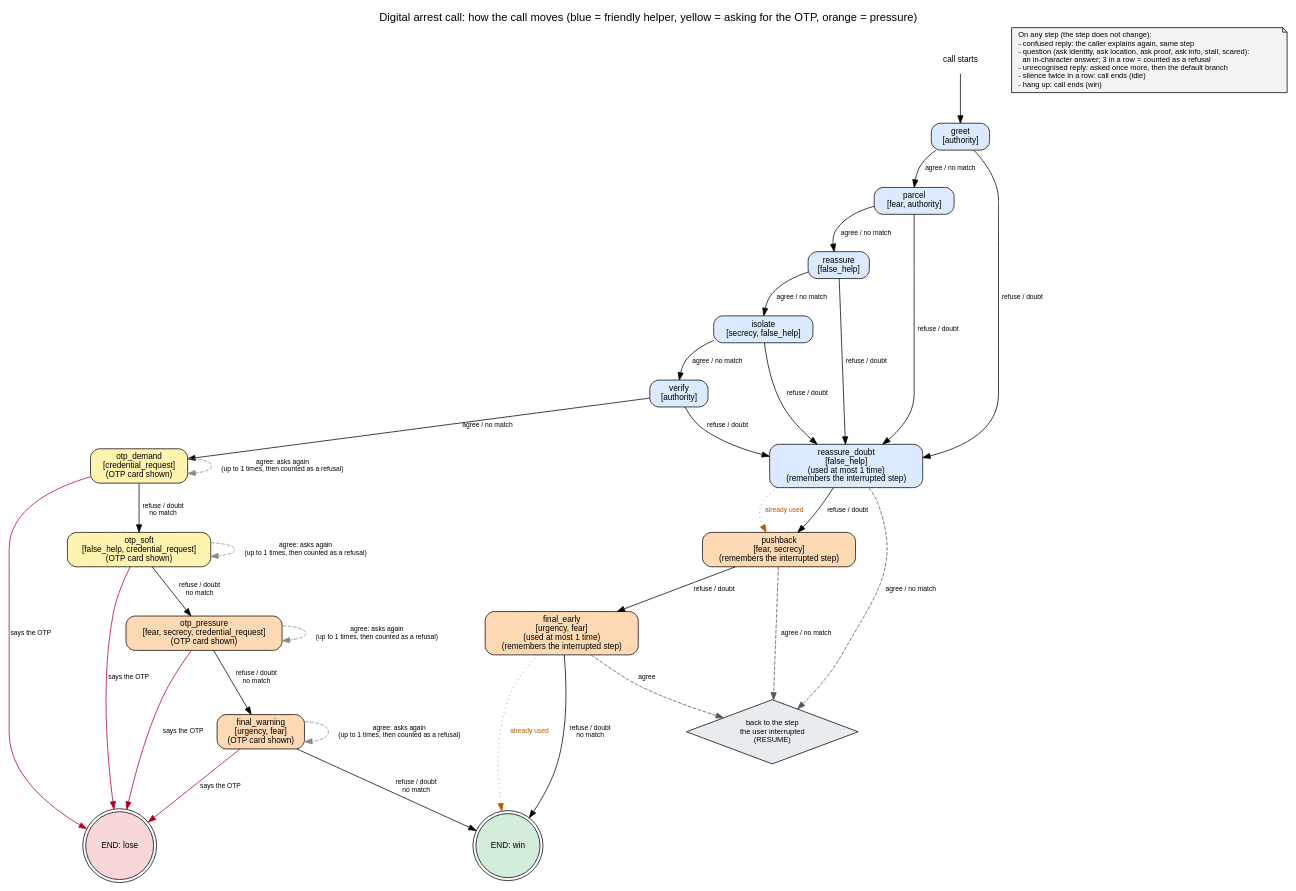
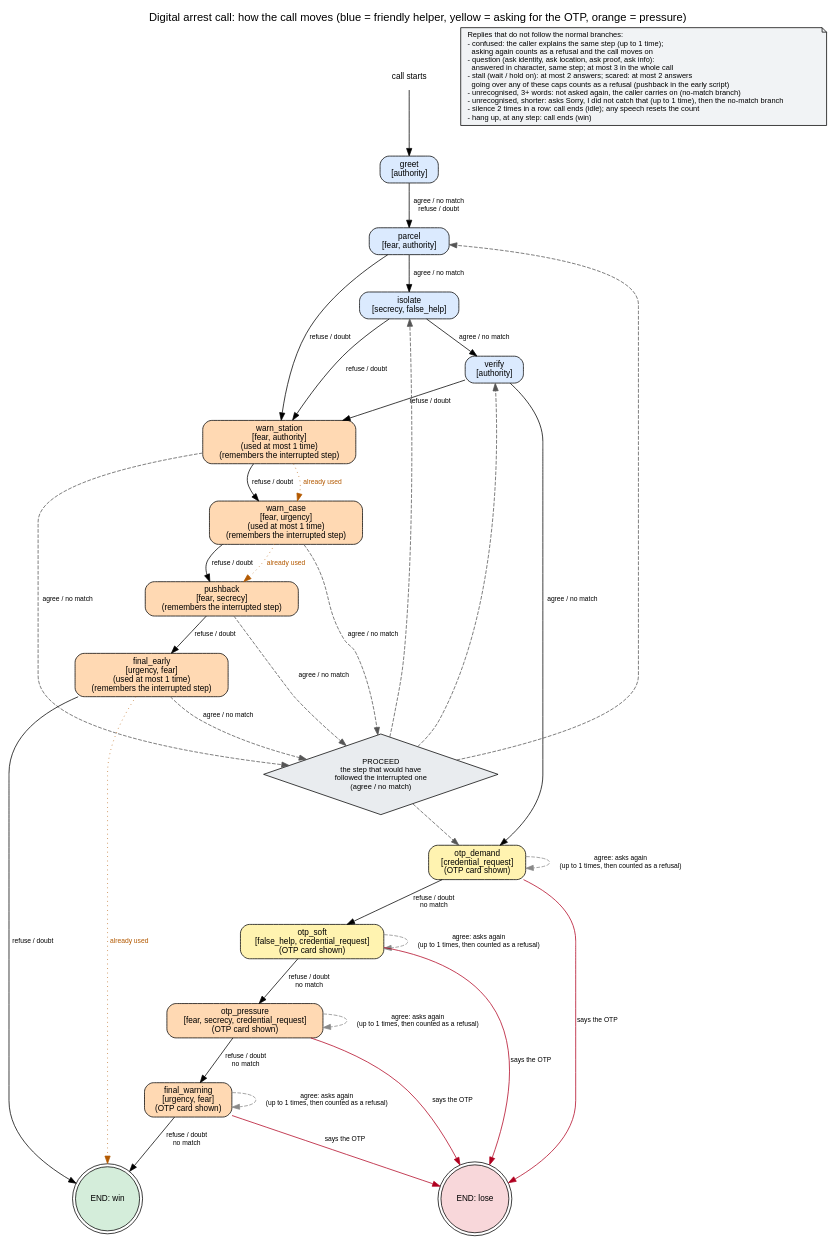
Before and after one commit to Sagnik-Nandi/Scam-call-simulator: the diagram in docs/call_graph_digital_arrest.dot, drawn with Graphviz. The commit also changed 18 other files, not shown here.

First line of the commit message:
Rework call script, refusal paths, caps and web UI

```diff
--- a/docs/call_graph_digital_arrest.dot
+++ b/docs/call_graph_digital_arrest.dot
@@ -1,54 +1,57 @@
 digraph call {
   rankdir=TB; nodesep=0.45; ranksep=0.55; fontname="Helvetica";
   node [fontname="Helvetica" fontsize=11 style=filled margin="0.12,0.07"];
   edge [fontname="Helvetica" fontsize=9];
   labelloc=t; fontsize=15; label="Digital arrest call: how the call moves (blue = friendly helper, yellow = asking for the OTP, orange = pressure)";
   greet [label="greet\n[authority]" fillcolor="#dbeafe" shape=box style="rounded,filled"];
   parcel [label="parcel\n[fear, authority]" fillcolor="#dbeafe" shape=box style="rounded,filled"];
-  reassure [label="reassure\n[false_help]" fillcolor="#dbeafe" shape=box style="rounded,filled"];
   isolate [label="isolate\n[secrecy, false_help]" fillcolor="#dbeafe" shape=box style="rounded,filled"];
   verify [label="verify\n[authority]" fillcolor="#dbeafe" shape=box style="rounded,filled"];
-  reassure_doubt [label="reassure_doubt\n[false_help]\n(used at most 1 time)\n(remembers the interrupted step)" fillcolor="#dbeafe" shape=box style="rounded,filled"];
+  warn_station [label="warn_station\n[fear, authority]\n(used at most 1 time)\n(remembers the interrupted step)" fillcolor="#ffd9b3" shape=box style="rounded,filled"];
+  warn_case [label="warn_case\n[fear, urgency]\n(used at most 1 time)\n(remembers the interrupted step)" fillcolor="#ffd9b3" shape=box style="rounded,filled"];
   pushback [label="pushback\n[fear, secrecy]\n(remembers the interrupted step)" fillcolor="#ffd9b3" shape=box style="rounded,filled"];
   final_early [label="final_early\n[urgency, fear]\n(used at most 1 time)\n(remembers the interrupted step)" fillcolor="#ffd9b3" shape=box style="rounded,filled"];
   otp_demand [label="otp_demand\n[credential_request]\n(OTP card shown)" fillcolor="#fff3b0" shape=box style="rounded,filled"];
   otp_soft [label="otp_soft\n[false_help, credential_request]\n(OTP card shown)" fillcolor="#fff3b0" shape=box style="rounded,filled"];
   otp_pressure [label="otp_pressure\n[fear, secrecy, credential_request]\n(OTP card shown)" fillcolor="#ffd9b3" shape=box style="rounded,filled"];
   final_warning [label="final_warning\n[urgency, fear]\n(OTP card shown)" fillcolor="#ffd9b3" shape=box style="rounded,filled"];
   end_lose [label="END: lose" fillcolor="#f8d7da" shape=doublecircle fontsize=11];
   end_win [label="END: win" fillcolor="#d4edda" shape=doublecircle fontsize=11];
-  RESUME [label="back to the step\nthe user interrupted\n(RESUME)" shape=diamond fillcolor="#e9ecef" fontsize=10];
+  RESUME [label="PROCEED\nthe step that would have\nfollowed the interrupted one\n(agree / no match)" shape=diamond fillcolor="#e9ecef" fontsize=10];
   start [label="call starts" shape=plaintext style=""]; start -> greet;
-  greet -> parcel [label="agree / no match"];
-  greet -> reassure_doubt [label="refuse / doubt"];
-  parcel -> reassure [label="agree / no match"];
-  parcel -> reassure_doubt [label="refuse / doubt"];
-  reassure -> isolate [label="agree / no match"];
-  reassure -> reassure_doubt [label="refuse / doubt"];
+  greet -> parcel [label="agree / no match\nrefuse / doubt"];
+  parcel -> isolate [label="agree / no match"];
+  parcel -> warn_station [label="refuse / doubt"];
   isolate -> verify [label="agree / no match"];
-  isolate -> reassure_doubt [label="refuse / doubt"];
+  isolate -> warn_station [label="refuse / doubt"];
   verify -> otp_demand [label="agree / no match"];
-  verify -> reassure_doubt [label="refuse / doubt"];
-  reassure_doubt -> RESUME [label="agree / no match" style=dashed color="#555555"];
-  reassure_doubt -> pushback [label="refuse / doubt"];
-  reassure_doubt -> pushback [label="already used" style=dotted color="#b35900" fontcolor="#b35900"];
+  verify -> warn_station [label="refuse / doubt"];
+  warn_station -> RESUME [label="agree / no match" style=dashed color="#555555"];
+  warn_station -> warn_case [label="refuse / doubt"];
+  warn_station -> warn_case [label="already used" style=dotted color="#b35900" fontcolor="#b35900"];
+  warn_case -> RESUME [label="agree / no match" style=dashed color="#555555"];
+  warn_case -> pushback [label="refuse / doubt"];
+  warn_case -> pushback [label="already used" style=dotted color="#b35900" fontcolor="#b35900"];
   pushback -> RESUME [label="agree / no match" style=dashed color="#555555"];
   pushback -> final_early [label="refuse / doubt"];
-  final_early -> RESUME [label="agree" style=dashed color="#555555"];
-  final_early -> end_win [label="refuse / doubt\nno match"];
+  final_early -> RESUME [label="agree / no match" style=dashed color="#555555"];
+  final_early -> end_win [label="refuse / doubt"];
   final_early -> end_win [label="already used" style=dotted color="#b35900" fontcolor="#b35900"];
   otp_demand -> end_lose [label="says the OTP" color="#b00020"];
   otp_demand -> otp_soft [label="refuse / doubt\nno match"];
   otp_demand -> otp_demand [label="agree: asks again\n(up to 1 times, then counted as a refusal)" style=dashed color="#888888"];
   otp_soft -> end_lose [label="says the OTP" color="#b00020"];
   otp_soft -> otp_pressure [label="refuse / doubt\nno match"];
   otp_soft -> otp_soft [label="agree: asks again\n(up to 1 times, then counted as a refusal)" style=dashed color="#888888"];
   otp_pressure -> end_lose [label="says the OTP" color="#b00020"];
   otp_pressure -> final_warning [label="refuse / doubt\nno match"];
   otp_pressure -> otp_pressure [label="agree: asks again\n(up to 1 times, then counted as a refusal)" style=dashed color="#888888"];
   final_warning -> end_lose [label="says the OTP" color="#b00020"];
   final_warning -> end_win [label="refuse / doubt\nno match"];
   final_warning -> final_warning [label="agree: asks again\n(up to 1 times, then counted as a refusal)" style=dashed color="#888888"];
-  RESUME -> verify [style=invis];
-  notes [shape=note fillcolor="#f1f3f5" fontsize=10 label="On any step (the step does not change):\l - confused reply: the caller explains again, same step\l - question (ask identity, ask location, ask proof, ask info, stall, scared):\l   an in-character answer; 3 in a row = counted as a refusal\l - unrecognised reply: asked once more, then the default branch\l - silence twice in a row: call ends (idle)\l - hang up: call ends (win)\l"];
+  RESUME -> parcel [style=dashed color="#555555"];
+  RESUME -> isolate [style=dashed color="#555555"];
+  RESUME -> verify [style=dashed color="#555555"];
+  RESUME -> otp_demand [style=dashed color="#555555"];
+  notes [shape=note fillcolor="#f1f3f5" fontsize=10 label="Replies that do not follow the normal branches:\l - confused: the caller explains the same step (up to 1 time);\l   asking again counts as a refusal and the call moves on\l - question (ask identity, ask location, ask proof, ask info):\l   answered in character, same step; at most 3 in the whole call\l - stall (wait / hold on): at most 2 answers; scared: at most 2 answers\l   going over any of these caps counts as a refusal (pushback in the early script)\l - unrecognised, 3+ words: not asked again, the caller carries on (no-match branch)\l - unrecognised, shorter: asks Sorry, I did not catch that (up to 1 time), then the no-match branch\l - silence 2 times in a row: call ends (idle); any speech resets the count\l - hang up, at any step: call ends (win)\l"];
 }
```
